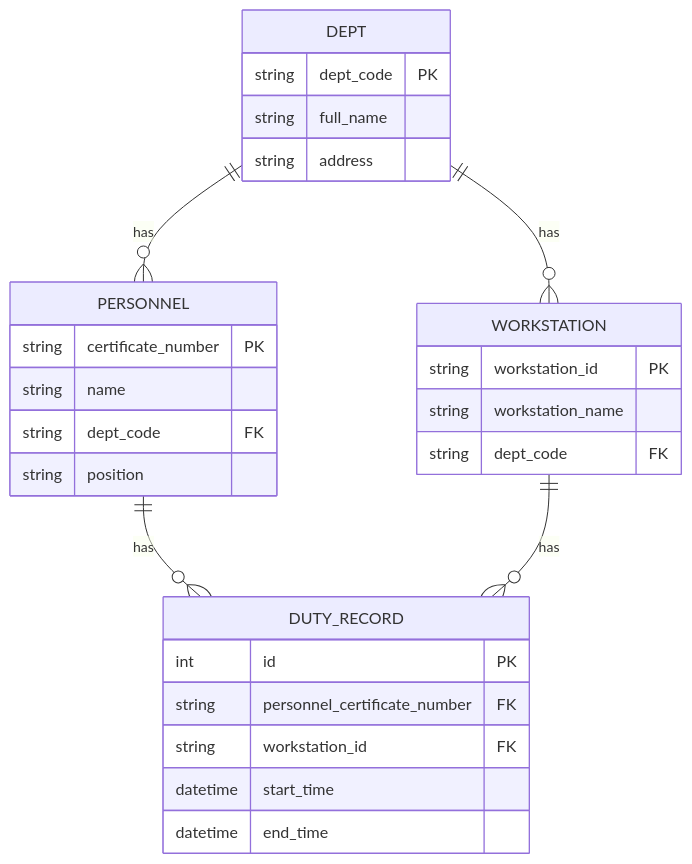
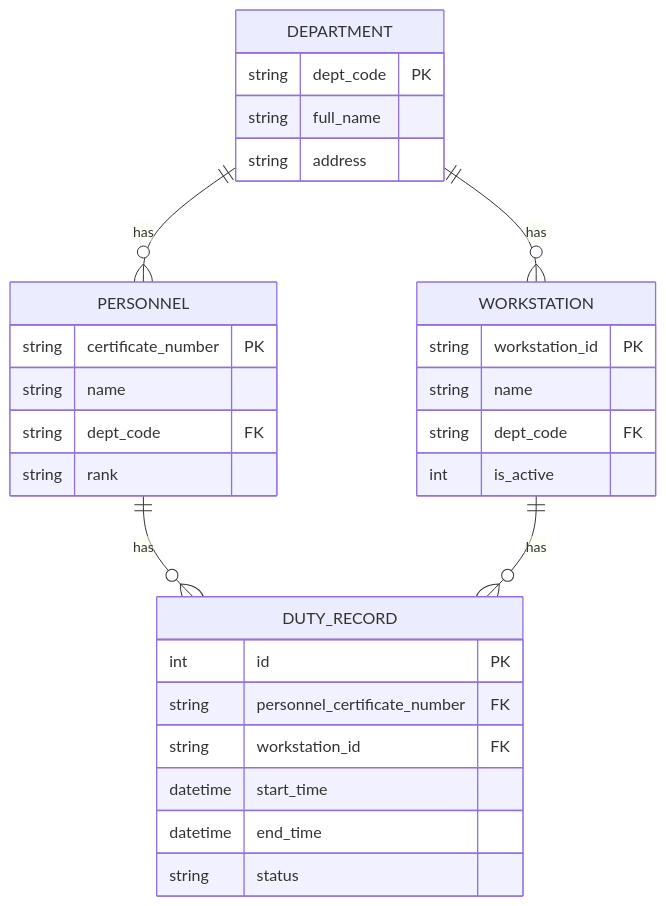
The second of 2 diagrams in 软件工程实践-2.0/04-软件设计与建模.md (PrinZzzzjn/software-engineering-textbook), drawn with Mermaid before and after one commit. The commit also changed other lines of this file and 372 other files, not shown here.

````diff
--- a/软件工程实践-2.0/04-软件设计与建模.md
+++ b/软件工程实践-2.0/04-软件设计与建模.md
@@ -117,30 +123,32 @@
 ```mermaid
 erDiagram
-    DEPT ||--o{ PERSONNEL : has
-    DEPT ||--o{ WORKSTATION : has
+    DEPARTMENT ||--o{ PERSONNEL : has
+    DEPARTMENT ||--o{ WORKSTATION : has
     PERSONNEL ||--o{ DUTY_RECORD : has
     WORKSTATION ||--o{ DUTY_RECORD : has
-    DEPT {
+    DEPARTMENT {
         string dept_code PK
         string full_name
         string address
     }
     PERSONNEL {
         string certificate_number PK
         string name
         string dept_code FK
-        string position
+        string rank
     }
     WORKSTATION {
         string workstation_id PK
-        string workstation_name
+        string name
         string dept_code FK
+        int is_active
     }
     DUTY_RECORD {
         int id PK
         string personnel_certificate_number FK
         string workstation_id FK
         datetime start_time
         datetime end_time
+        string status
     }
 ```
````
